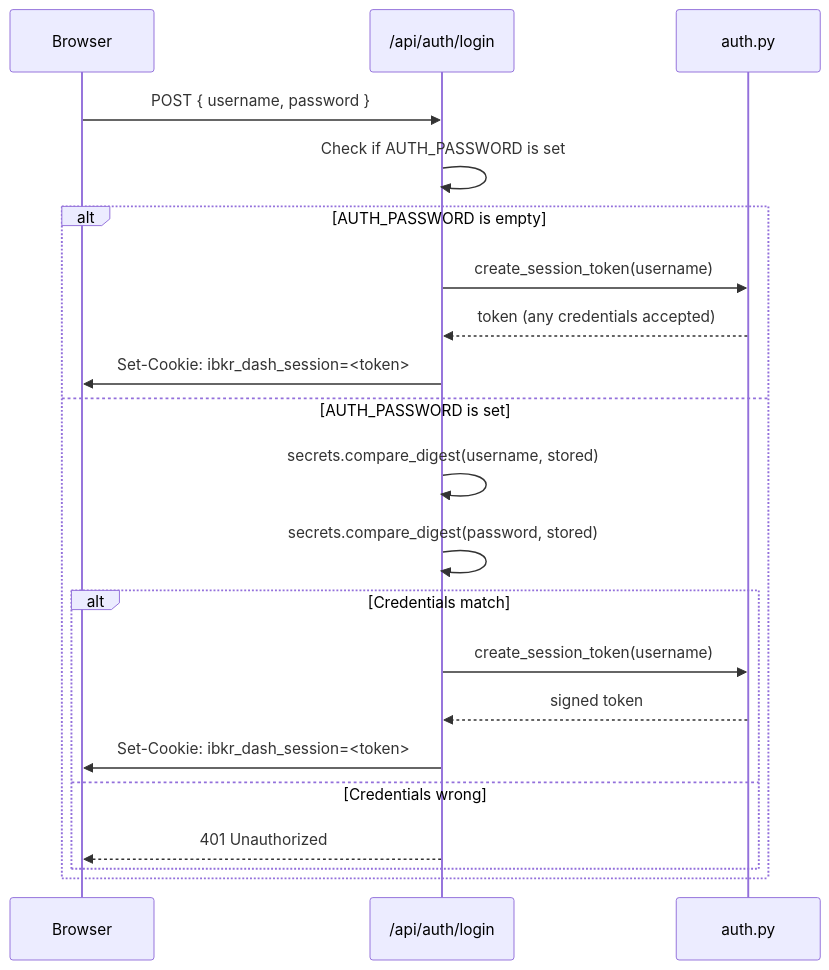
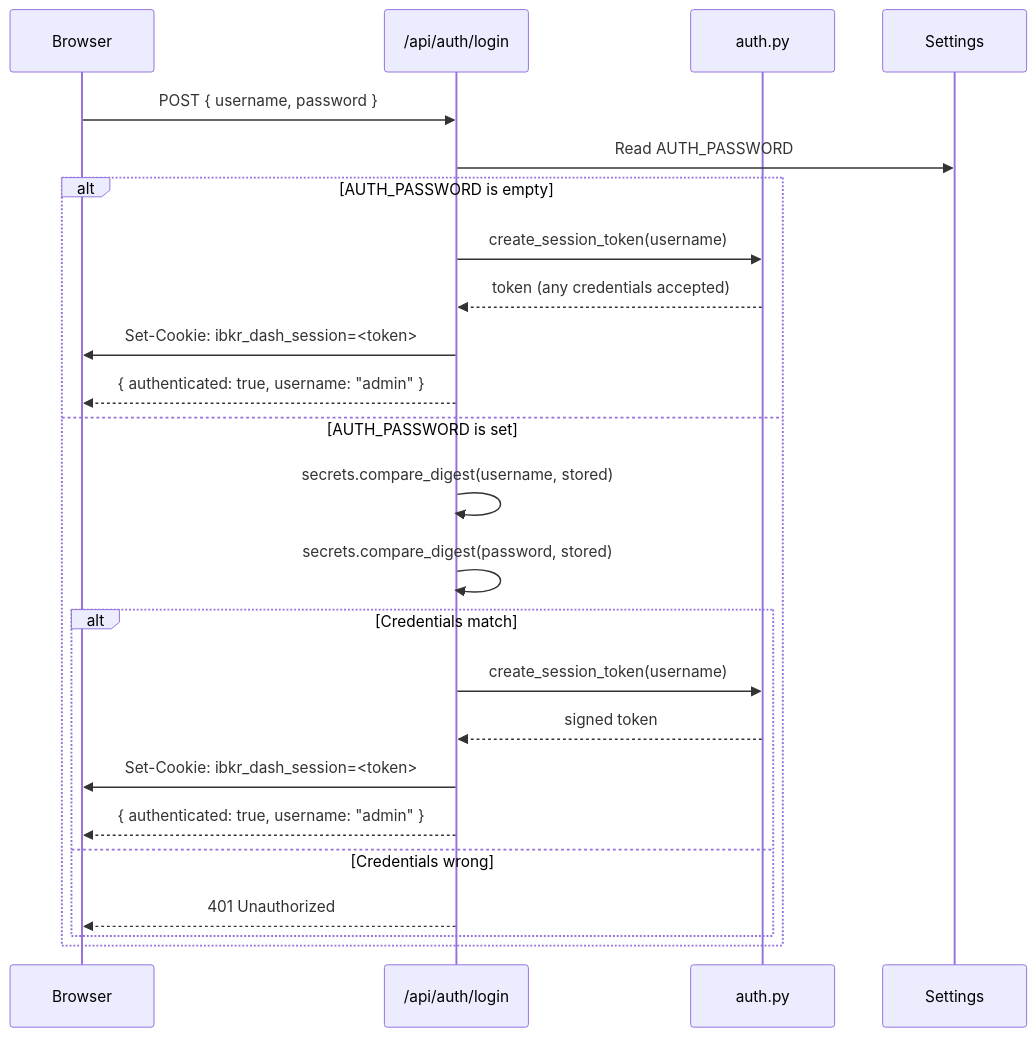
One commit to XUranus/ibkr-dash changed the first of 2 diagrams in wiki/docs/backend/auth.md. Above: the diagram before and after it, drawn with Mermaid. The commit also changed other lines of this file and 89 other files, not shown here.

First line of the commit message:
docs: enhance wiki with mermaid diagrams, code snippets, and i18n

````diff
--- a/wiki/docs/backend/auth.md
+++ b/wiki/docs/backend/auth.md
@@ -60,25 +15,28 @@
 ```mermaid
 sequenceDiagram
     participant Browser
     participant API as /api/auth/login
     participant Auth as auth.py
+    participant DB as Settings
 
     Browser->>API: POST { username, password }
-    API->>API: Check if AUTH_PASSWORD is set
+    API->>DB: Read AUTH_PASSWORD
 
     alt AUTH_PASSWORD is empty
         API->>Auth: create_session_token(username)
         Auth-->>API: token (any credentials accepted)
         API->>Browser: Set-Cookie: ibkr_dash_session=<token>
+        API-->>Browser: { authenticated: true, username: "admin" }
     else AUTH_PASSWORD is set
         API->>API: secrets.compare_digest(username, stored)
         API->>API: secrets.compare_digest(password, stored)
         alt Credentials match
             API->>Auth: create_session_token(username)
             Auth-->>API: signed token
             API->>Browser: Set-Cookie: ibkr_dash_session=<token>
+            API-->>Browser: { authenticated: true, username: "admin" }
         else Credentials wrong
             API-->>Browser: 401 Unauthorized
         end
     end
 ```
````
